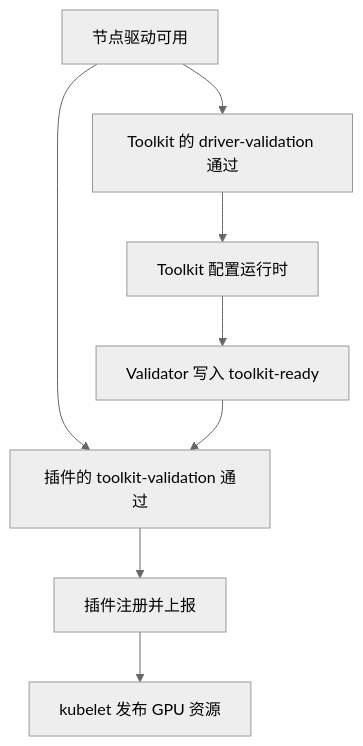
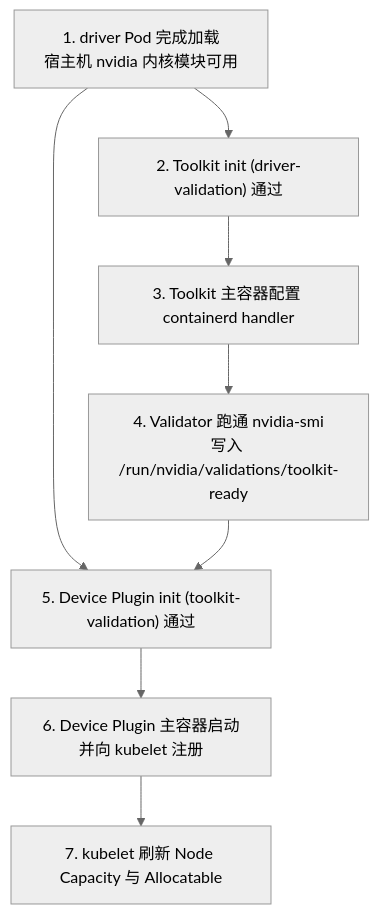
One commit to realtyz/ops-manual changed the diagram in AI-Infra/12_GPUOperator如何管理节点软件/03_GPU 节点入池与单卡计算验收.md. Above: the diagram before and after it, drawn with Mermaid (neutral theme). The commit also changed other lines of this file and 194 other files, not shown here.

````diff
--- a/AI-Infra/12_GPUOperator如何管理节点软件/03_GPU 节点入池与单卡计算验收.md
+++ b/AI-Infra/12_GPUOperator如何管理节点软件/03_GPU 节点入池与单卡计算验收.md
@@ -12,10 +15,11 @@
 ```mermaid
-flowchart
-    D["节点驱动可用"] --> T["Toolkit 的 driver-validation 通过"]
-    T --> R["Toolkit 配置运行时"]
-    R --> V["Validator 写入 toolkit-ready"]
-    D --> I["插件的 toolkit-validation 通过"]
+flowchart TD
+    accDescr: 新节点入池时驱动、Container Toolkit、Validator 与 Device Plugin 通过 init 容器门禁依次解锁并向 kubelet 上报 GPU 资源的依赖流程图。
+    D["1. driver Pod 完成加载<br/>宿主机 nvidia 内核模块可用"] --> T["2. Toolkit init (driver-validation) 通过"]
+    T --> R["3. Toolkit 主容器配置 containerd handler"]
+    R --> V["4. Validator 跑通 nvidia-smi<br/>写入 /run/nvidia/validations/toolkit-ready"]
+    D --> I["5. Device Plugin init (toolkit-validation) 通过"]
     V --> I
-    I --> P["插件注册并上报"]
-    P --> K["kubelet 发布 GPU 资源"]
+    I --> P["6. Device Plugin 主容器启动并向 kubelet 注册"]
+    P --> K["7. kubelet 刷新 Node Capacity 与 Allocatable"]
 ```
````
